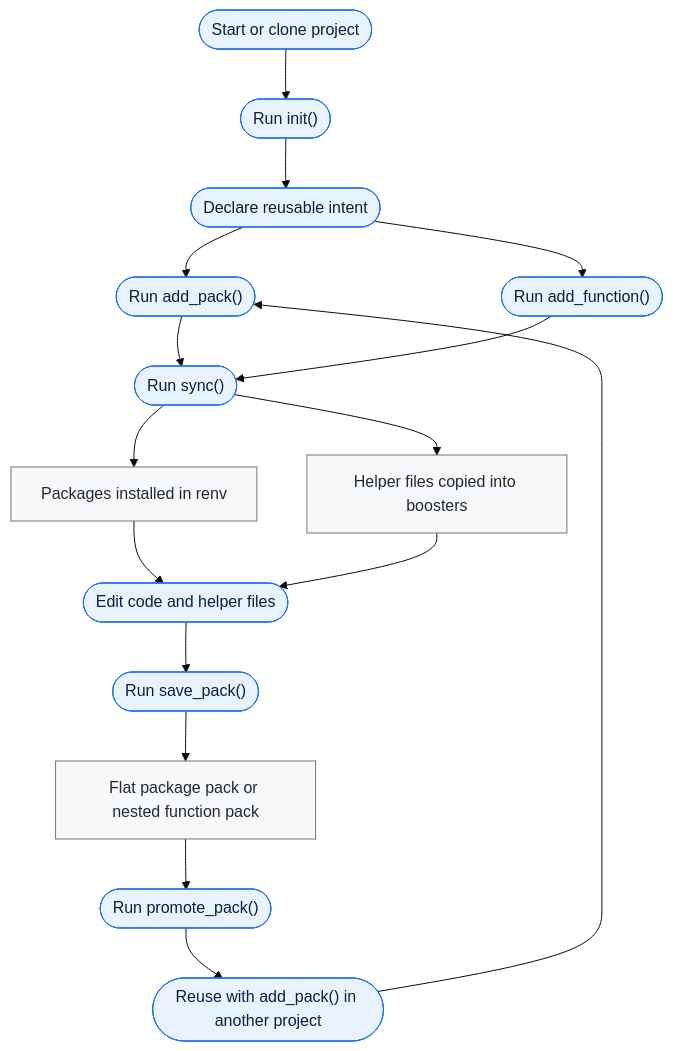
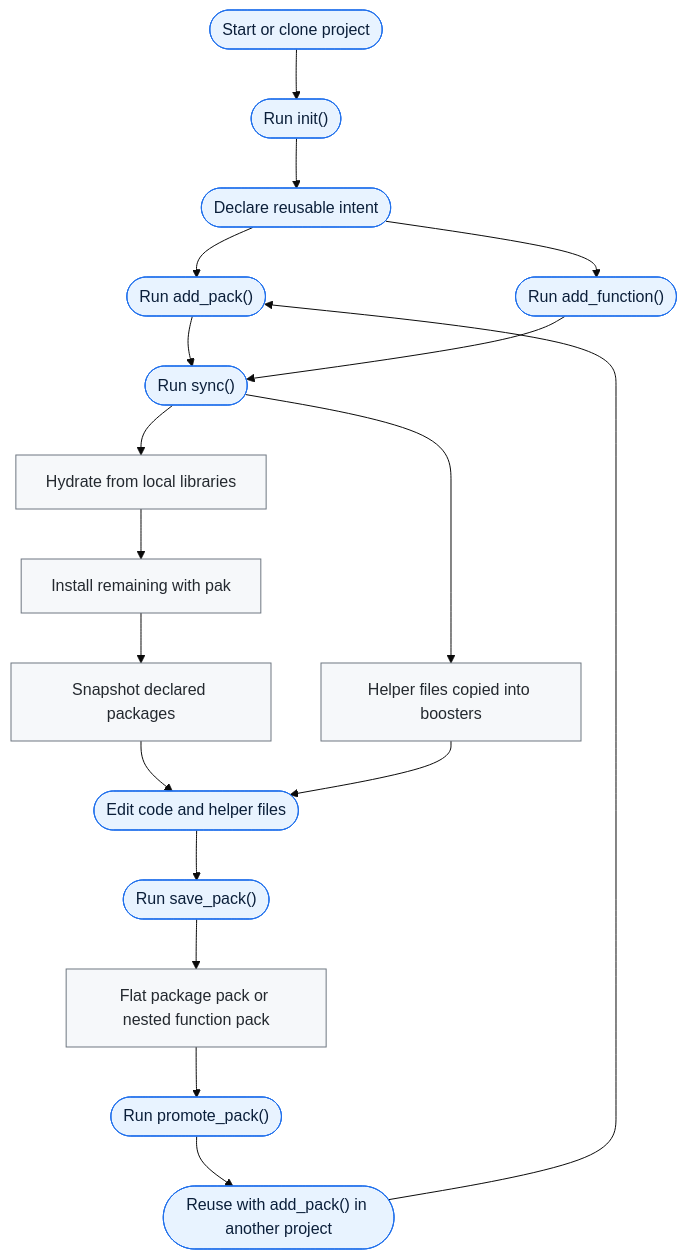
Before and after one commit to seanthimons/boosterpak: the diagram in README.md, drawn with Mermaid (base theme). The commit also changed other lines of this file and 17 other files, not shown here.

Commit message:
Hydrate packages before pak installs

````diff
--- a/README.md
+++ b/README.md
@@ -35,23 +35,25 @@
 ```mermaid
 flowchart TD
   A([Start or clone project]) --> B(["Run init()"])
   B --> C([Declare reusable intent])
   C --> D(["Run add_pack()"])
   C --> E(["Run add_function()"])
   D --> F(["Run sync()"])
   E --> F
-  F --> G[Packages installed in renv]
-  F --> H[Helper files copied into boosters]
-  G --> I([Edit code and helper files])
-  H --> I
-  I --> J(["Run save_pack()"])
-  J --> K[Flat package pack or nested function pack]
-  K --> L(["Run promote_pack()"])
-  L --> M(["Reuse with add_pack() in another project"])
-  M --> D
+  F --> G[Hydrate from local libraries]
+  G --> H[Install remaining with pak]
+  H --> I[Snapshot declared packages]
+  F --> J[Helper files copied into boosters]
+  I --> K([Edit code and helper files])
+  J --> K
+  K --> L(["Run save_pack()"])
+  L --> M[Flat package pack or nested function pack]
+  M --> N(["Run promote_pack()"])
+  N --> O(["Reuse with add_pack() in another project"])
+  O --> D
 
   classDef userAction fill:#e8f3ff,stroke:#1f6feb,color:#0b1f3a;
   classDef packageAction fill:#f6f8fa,stroke:#6e7781,color:#24292f;
-  class A,B,C,D,E,F,I,J,L,M userAction;
-  class G,H,K packageAction;
+  class A,B,C,D,E,F,K,L,N,O userAction;
+  class G,H,I,J,M packageAction;
 ```
````
